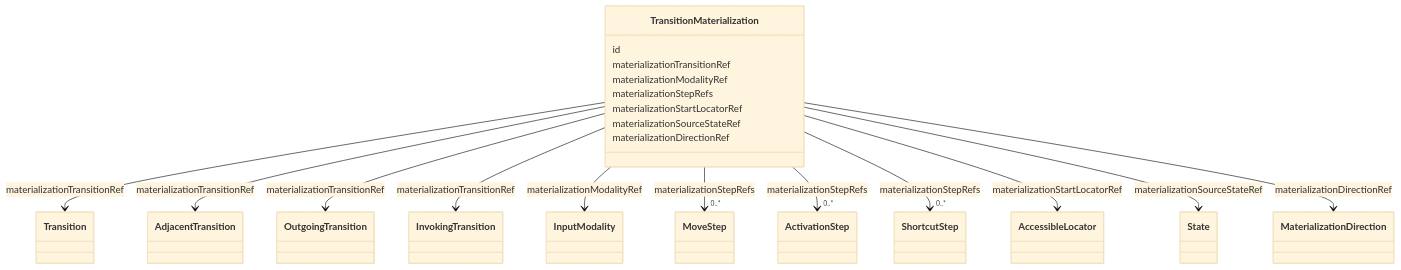
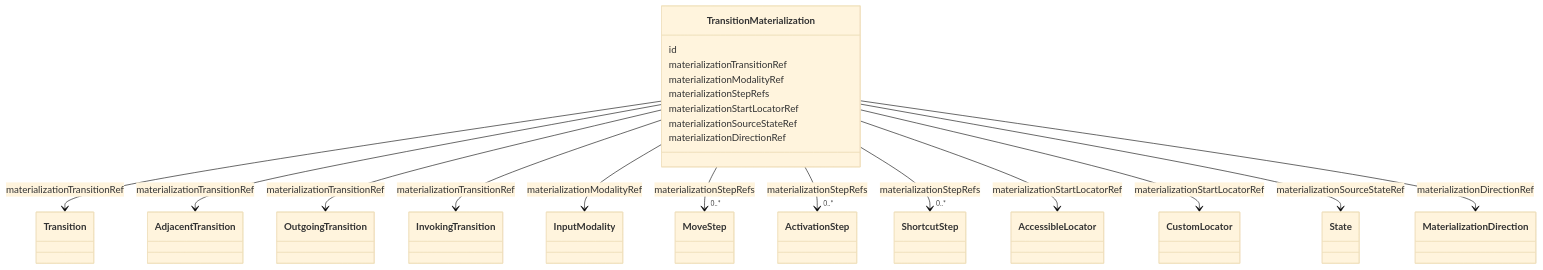
One commit to openuji/spec-ujg changed the first of 5 diagrams in specs/ed/modules/operability/index.md. Above: the diagram before and after it, drawn with Mermaid (base theme). The commit also changed other lines of this file and 8 other files, not shown here.

````diff
--- a/specs/ed/modules/operability/index.md
+++ b/specs/ed/modules/operability/index.md
@@ -103,34 +103,36 @@
 ```mermaid
 classDiagram
   class Transition
   class AdjacentTransition
   class OutgoingTransition
   class InvokingTransition
   class InputModality
   class AccessibleLocator
+  class CustomLocator
   class State
   class MaterializationDirection
   class MoveStep
   class ActivationStep
   class ShortcutStep
   class TransitionMaterialization {
     id
     materializationTransitionRef
     materializationModalityRef
     materializationStepRefs
     materializationStartLocatorRef
     materializationSourceStateRef
     materializationDirectionRef
   }
   TransitionMaterialization --> Transition : materializationTransitionRef
   TransitionMaterialization --> AdjacentTransition : materializationTransitionRef
   TransitionMaterialization --> OutgoingTransition : materializationTransitionRef
   TransitionMaterialization --> InvokingTransition : materializationTransitionRef
   TransitionMaterialization --> InputModality : materializationModalityRef
   TransitionMaterialization --> "0..*" MoveStep : materializationStepRefs
   TransitionMaterialization --> "0..*" ActivationStep : materializationStepRefs
   TransitionMaterialization --> "0..*" ShortcutStep : materializationStepRefs
   TransitionMaterialization --> AccessibleLocator : materializationStartLocatorRef
+  TransitionMaterialization --> CustomLocator : materializationStartLocatorRef
   TransitionMaterialization --> State : materializationSourceStateRef
   TransitionMaterialization --> MaterializationDirection : materializationDirectionRef
 ```
````
